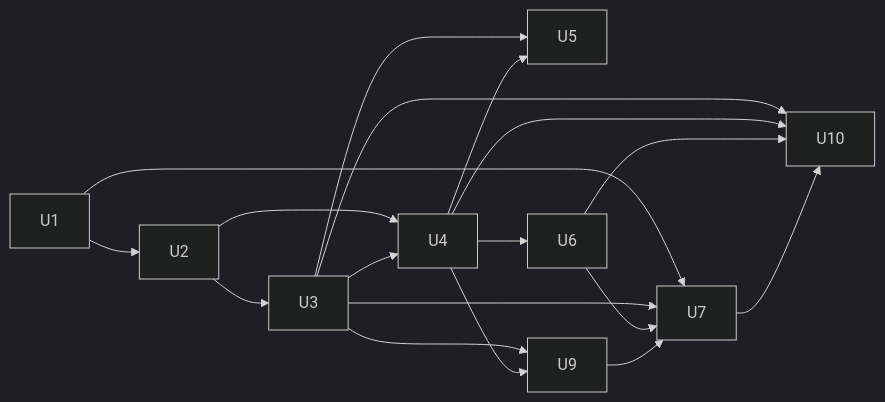
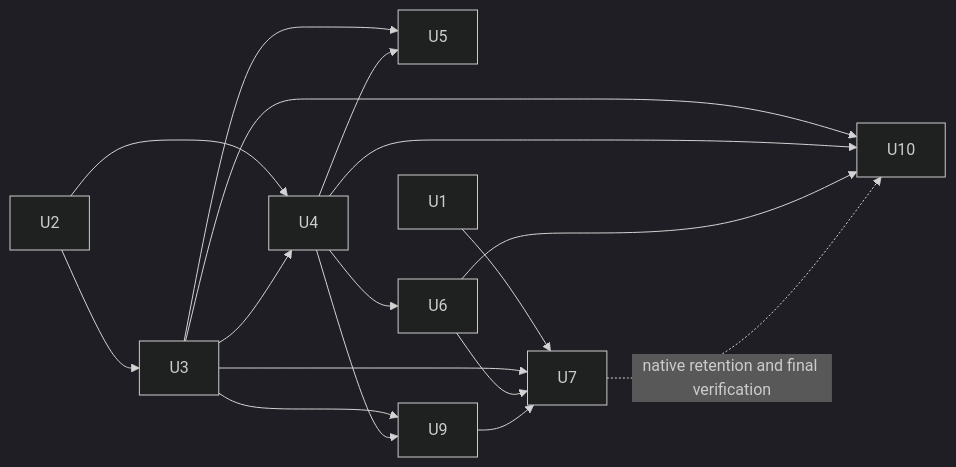
The fourth of 4 diagrams in docs/plans/2026-08-08-001-refactor-dockspace-product-boundary-plan.md (Latias94/egui_docking), drawn with Mermaid (dark theme) before and after one commit. The commit also changed other lines of this file, not shown here.

````diff
--- a/docs/plans/2026-08-08-001-refactor-dockspace-product-boundary-plan.md
+++ b/docs/plans/2026-08-08-001-refactor-dockspace-product-boundary-plan.md
@@ -402,20 +415,19 @@
 ```mermaid
 flowchart LR
-    U1 --> U2
     U2 --> U3
     U2 --> U4
     U3 --> U4
     U3 --> U5
     U4 --> U5
     U4 --> U6
     U3 --> U9
     U4 --> U9
     U1 --> U7
     U3 --> U7
     U6 --> U7
     U9 --> U7
     U3 --> U10
     U4 --> U10
     U6 --> U10
-    U7 --> U10
+    U7 -. native retention and final verification .-> U10
 ```
````
